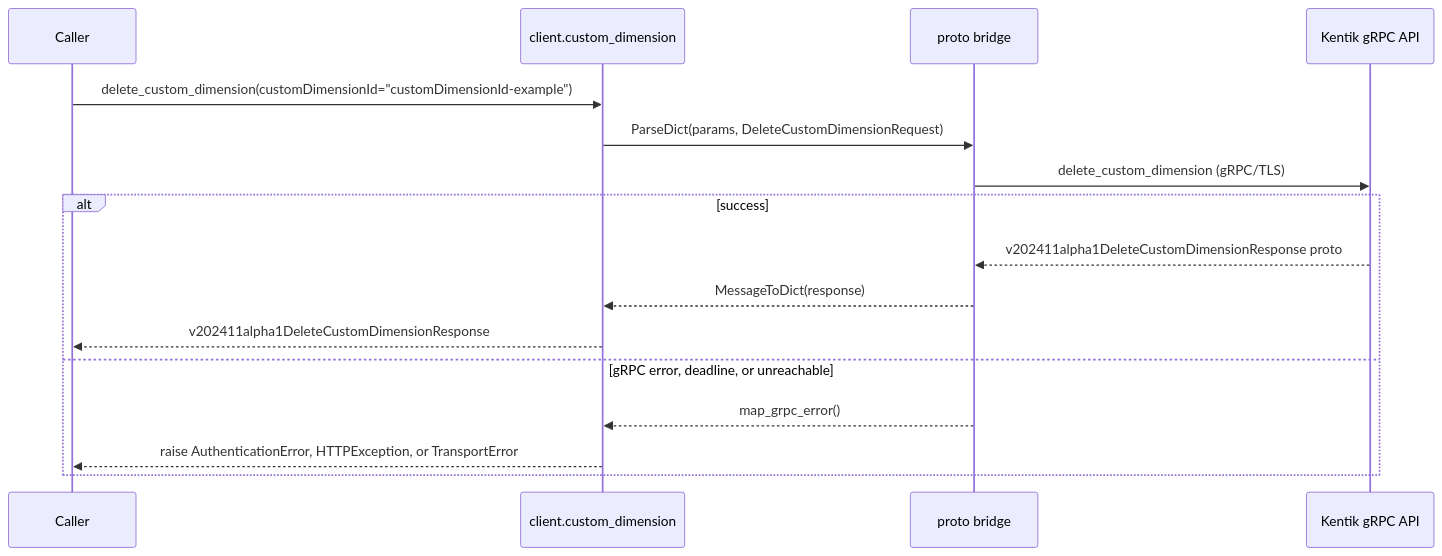
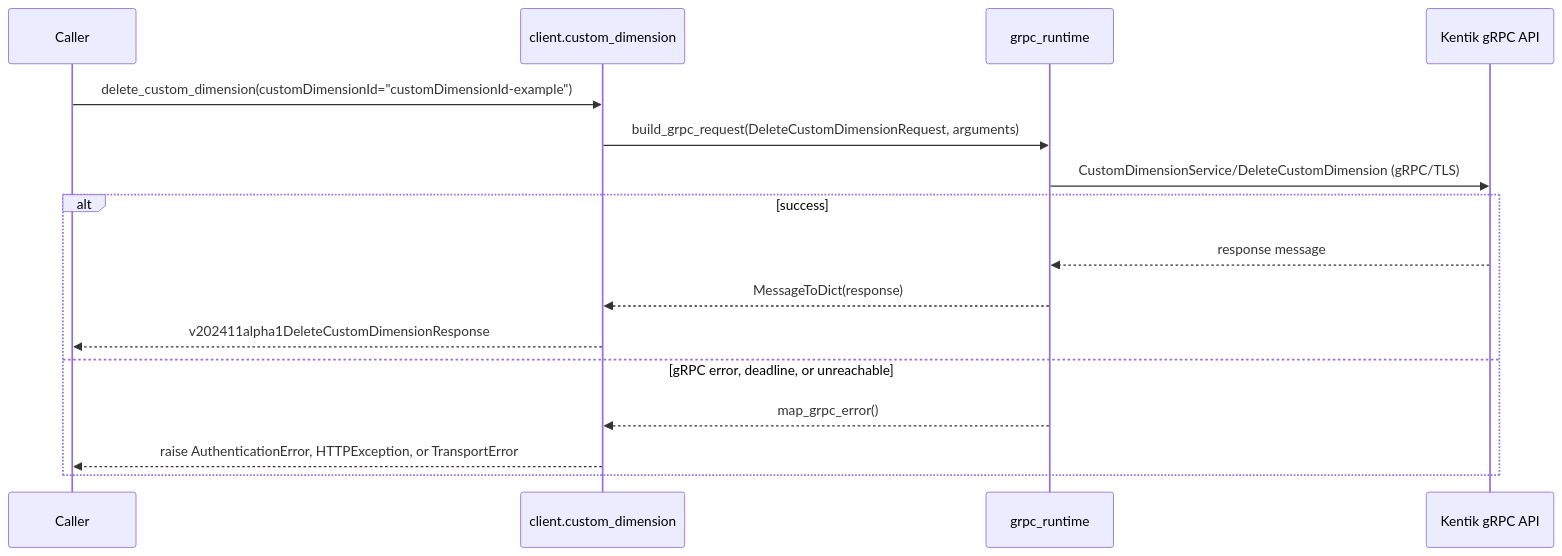
One commit to alexdearaujo/community_sdk_python changed the ninth of 22 diagrams in docs/sphinx/services/custom_dimension.md. Above: the diagram before and after it, drawn with Mermaid. The commit also changed other lines of this file and 37 other files, not shown here.

First line of the commit message:
docs: show the real RPC in each service page's gRPC diagram

````diff
--- a/docs/sphinx/services/custom_dimension.md
+++ b/docs/sphinx/services/custom_dimension.md
@@ -281,19 +281,19 @@
 ```mermaid
 sequenceDiagram
     participant C as Caller
     participant W as client.custom_dimension
-    participant B as proto bridge
+    participant R as grpc_runtime
     participant API as Kentik gRPC API
 
     C->>W: delete_custom_dimension(customDimensionId="customDimensionId-example")
-    W->>B: ParseDict(params, DeleteCustomDimensionRequest)
-    B->>API: delete_custom_dimension (gRPC/TLS)
+    W->>R: build_grpc_request(DeleteCustomDimensionRequest, arguments)
+    R->>API: CustomDimensionService/DeleteCustomDimension (gRPC/TLS)
     alt success
-        API-->>B: v202411alpha1DeleteCustomDimensionResponse proto
-        B-->>W: MessageToDict(response)
+        API-->>R: response message
+        R-->>W: MessageToDict(response)
         W-->>C: v202411alpha1DeleteCustomDimensionResponse
     else gRPC error, deadline, or unreachable
-        B-->>W: map_grpc_error()
+        R-->>W: map_grpc_error()
         W-->>C: raise AuthenticationError, HTTPException, or TransportError
     end
 ```
````
